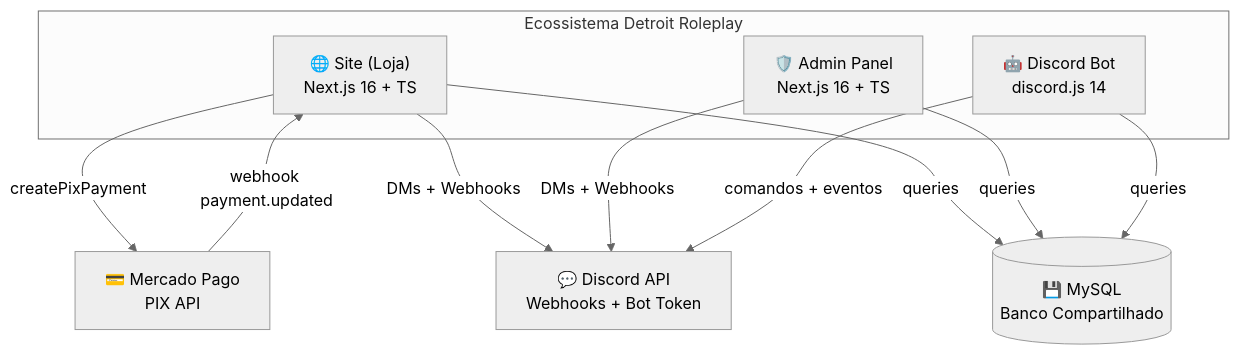
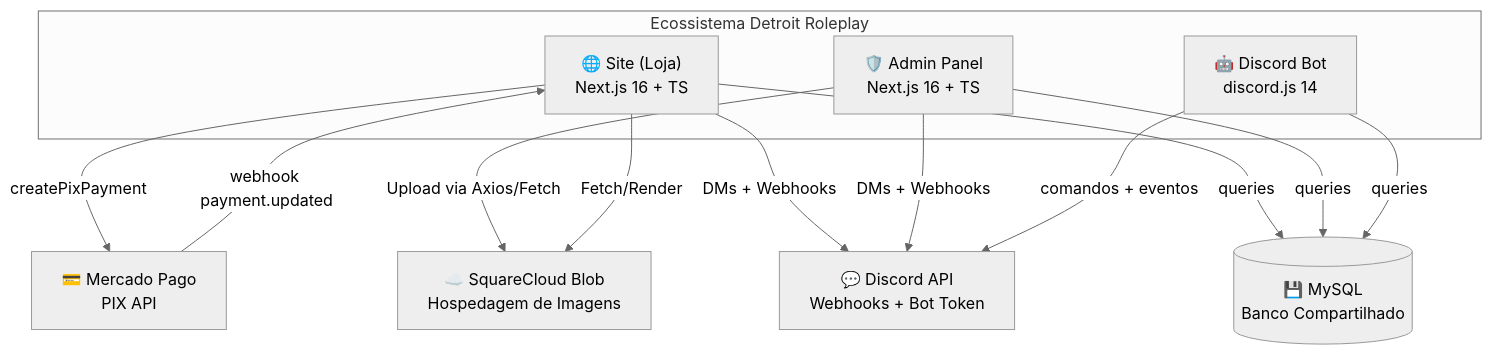
The first of 2 diagrams in DOCUMENTACAO_GERAL.md (EmersonRamos021/site-detroit_administra-o), drawn with Mermaid (neutral theme) before and after one commit. The commit also changed other lines of this file, not shown here.

Commit message:
docs: atualizar arquitetura com blob e historico de tickets

````diff
--- a/DOCUMENTACAO_GERAL.md
+++ b/DOCUMENTACAO_GERAL.md
@@ -15,23 +15,27 @@
 ```mermaid
 graph TD
     subgraph "Ecossistema Detroit Roleplay"
         SITE["🌐 Site (Loja)<br>Next.js 16 + TS"]
         ADMIN["🛡️ Admin Panel<br>Next.js 16 + TS"]
         BOT["🤖 Discord Bot<br>discord.js 14"]
     end
     
     DB[("💾 MySQL<br>Banco Compartilhado")]
     MP["💳 Mercado Pago<br>PIX API"]
     DISCORD["💬 Discord API<br>Webhooks + Bot Token"]
+    BLOB["☁️ SquareCloud Blob<br>Hospedagem de Imagens"]
     
     SITE -->|"queries"| DB
     ADMIN -->|"queries"| DB
     BOT -->|"queries"| DB
     
     SITE -->|"createPixPayment"| MP
     MP -->|"webhook payment.updated"| SITE
     
     SITE -->|"DMs + Webhooks"| DISCORD
     ADMIN -->|"DMs + Webhooks"| DISCORD
     BOT -->|"comandos + eventos"| DISCORD
+    
+    ADMIN -->|"Upload via Axios/Fetch"| BLOB
+    SITE -->|"Fetch/Render"| BLOB
 ```
````
